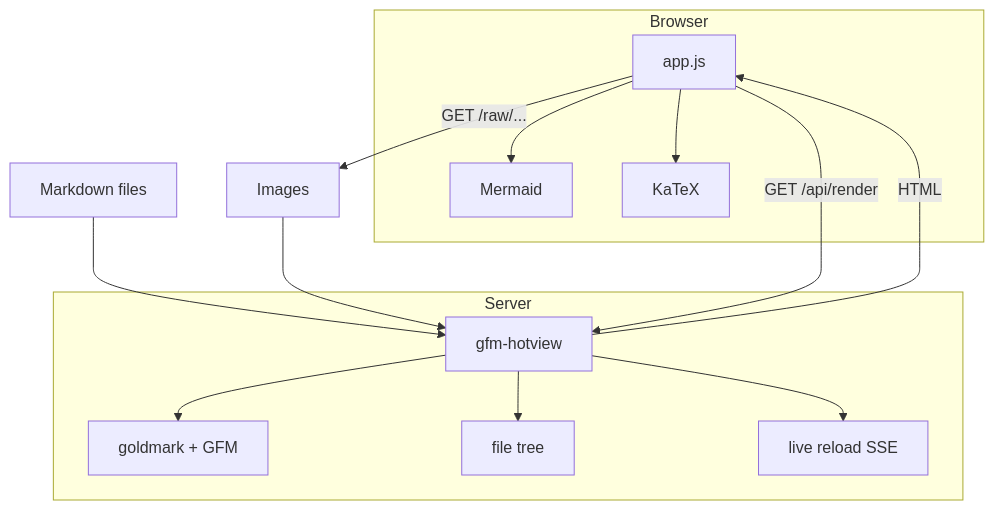
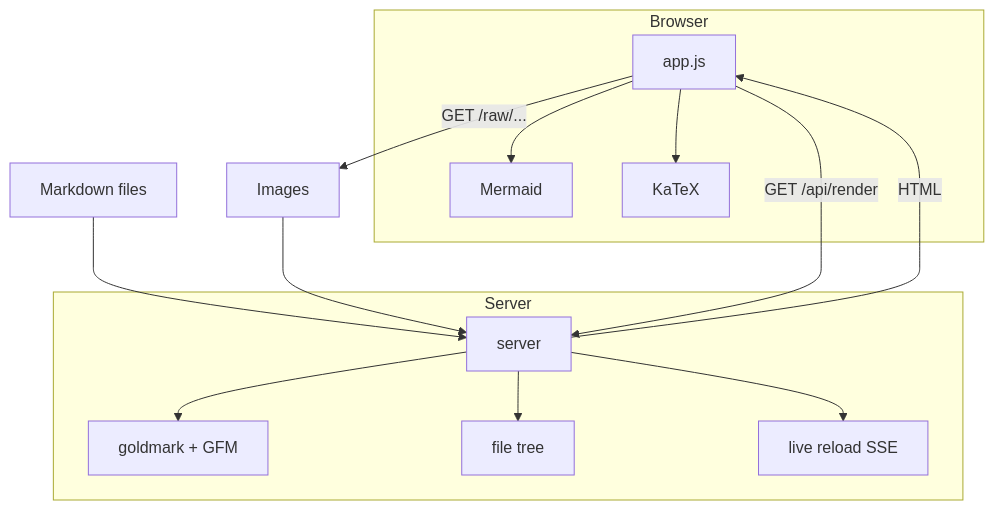
The first of 7 diagrams in tests/fixtures/mermaid.md (keathmilligan/super-markdown.nvim), drawn with Mermaid before and after one commit. The commit also changed other lines of this file and 13 other files, not shown here.

````diff
--- a/tests/fixtures/mermaid.md
+++ b/tests/fixtures/mermaid.md
@@ -11,24 +11,24 @@
 ```mermaid
 flowchart TB
   subgraph Browser
     UI[app.js]
     M[Mermaid]
     K[KaTeX]
     UI --> M
     UI --> K
   end
   subgraph Server
-    S[gfm-hotview]
+    S[server]
     R[goldmark + GFM]
     T[file tree]
     W[live reload SSE]
     S --> R
     S --> T
     S --> W
   end
   MD[Markdown files] --> S
   IMG[Images] --> S
   UI -->|GET /api/render| S
   S -->|HTML| UI
   UI -->|GET /raw/...| IMG
 ```
````
